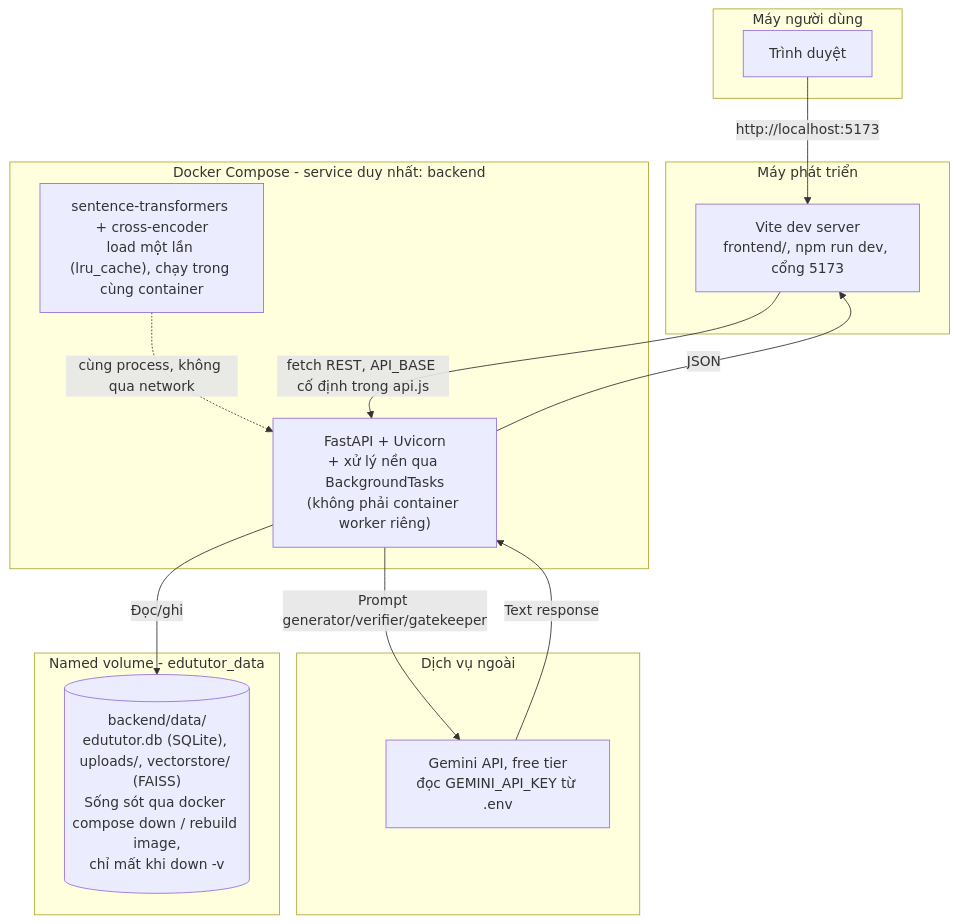
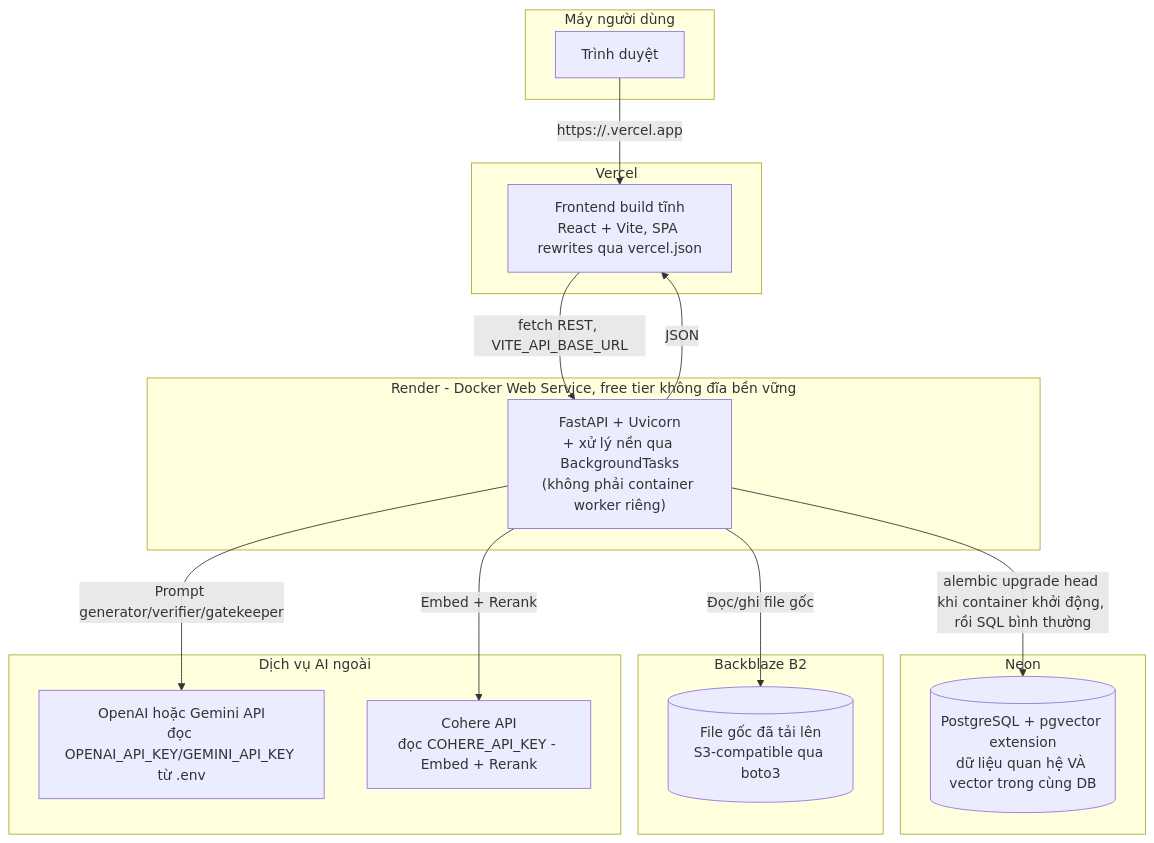
One commit to Thaihoangbach/LearningAssistant changed diagram 12 of 12 in docs/architecture-diagrams.md. Above: the diagram before and after it, drawn with Mermaid. The commit also changed other lines of this file and 25 other files, not shown here.

````diff
--- a/docs/architecture-diagrams.md
+++ b/docs/architecture-diagrams.md
@@ -729,33 +940,37 @@
 ```mermaid
 flowchart TB
     subgraph client["Máy người dùng"]
         BROWSER["Trình duyệt"]
     end
 
-    subgraph devfe["Máy phát triển"]
-        VITE["Vite dev server<br/>frontend/, npm run dev, cổng 5173"]
+    subgraph vercel["Vercel"]
+        FE["Frontend build tĩnh<br/>React + Vite, SPA rewrites qua vercel.json"]
     end
 
-    subgraph docker["Docker Compose - service duy nhất: backend"]
+    subgraph render["Render - Docker Web Service, free tier không đĩa bền vững"]
         API["FastAPI + Uvicorn<br/>+ xử lý nền qua BackgroundTasks<br/>(không phải container worker riêng)"]
-        LOCALMODEL["sentence-transformers + cross-encoder<br/>load một lần (lru_cache), chạy trong cùng container"]
     end
 
-    subgraph volume["Named volume - edututor_data"]
-        DATA[("backend/data/<br/>edututor.db (SQLite), uploads/, vectorstore/ (FAISS)<br/>Sống sót qua docker compose down / rebuild image,<br/>chỉ mất khi down -v")]
+    subgraph neon["Neon"]
+        PG[("PostgreSQL + pgvector extension<br/>dữ liệu quan hệ VÀ vector trong cùng DB")]
     end
 
-    subgraph ngoai["Dịch vụ ngoài"]
-        GEMINI["Gemini API, free tier<br/>đọc GEMINI_API_KEY từ .env"]
+    subgraph b2["Backblaze B2"]
+        FILES[("File gốc đã tải lên<br/>S3-compatible qua boto3")]
     end
 
-    BROWSER -->|"http://localhost:5173"| VITE
-    VITE -->|"fetch REST, API_BASE cố định trong api.js"| API
-    API -->|"JSON"| VITE
+    subgraph aiservices["Dịch vụ AI ngoài"]
+        LLMSVC["OpenAI hoặc Gemini API<br/>đọc OPENAI_API_KEY/GEMINI_API_KEY từ .env"]
+        COHERESVC["Cohere API<br/>đọc COHERE_API_KEY - Embed + Rerank"]
+    end
 
-    API -->|"Đọc/ghi"| DATA
-    LOCALMODEL -.->|"cùng process, không qua network"| API
+    BROWSER -->|"https://<domain>.vercel.app"| FE
+    FE -->|"fetch REST, VITE_API_BASE_URL"| API
+    API -->|"JSON"| FE
 
-    API -->|"Prompt generator/verifier/gatekeeper"| GEMINI
-    GEMINI -->|"Text response"| API
+    API -->|"alembic upgrade head khi container khởi động, rồi SQL bình thường"| PG
+    API -->|"Đọc/ghi file gốc"| FILES
+
+    API -->|"Prompt generator/verifier/gatekeeper"| LLMSVC
+    API -->|"Embed + Rerank"| COHERESVC
 ```
````
